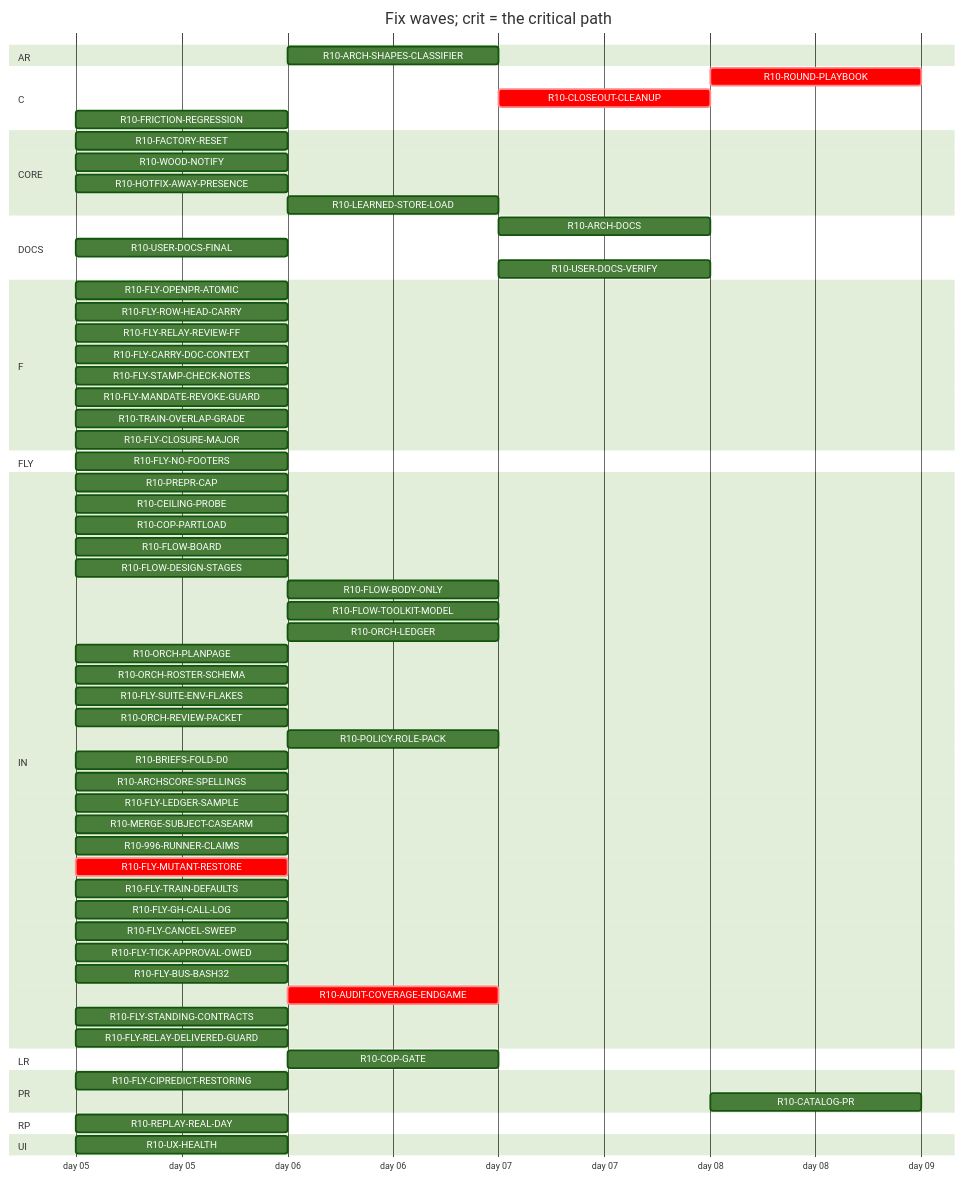
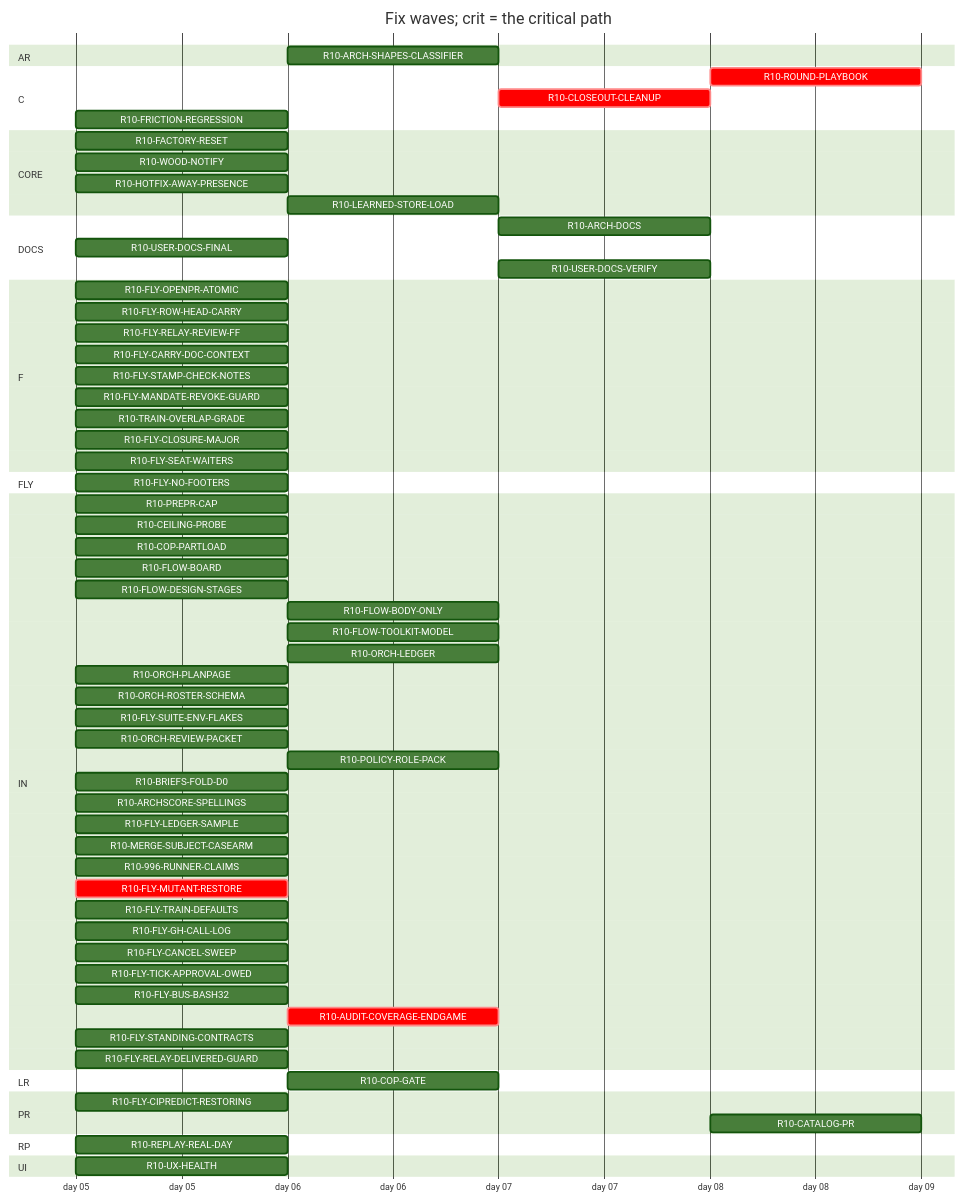
Before and after one commit to tvofi/heatpump_optimizer: the diagram in handoff/round10/state/PLAN-TABLE.md, drawn with Mermaid (forest theme). The commit also changed other lines of this file and 3 other files, not shown here.

Commit message:
state: FLOW-BOARD.md, NEXT-SESSION-PROMPT.md, PLAN-TABLE.md, RESUME-CURRENT.md regenerated (state_docs.py)

````diff
--- a/handoff/round10/state/PLAN-TABLE.md
+++ b/handoff/round10/state/PLAN-TABLE.md
@@ -24,69 +24,70 @@
 ```mermaid
 gantt
   title Fix waves; crit = the critical path
   dateFormat YYYY-MM-DD
   axisFormat day %d
   section AR
     R10-ARCH-SHAPES-CLASSIFIER :r10ARCHSHAPESCLASSIFIER, after r10996RUNNERCLAIMS, 1d
   section C
     R10-ROUND-PLAYBOOK :crit, r10ROUNDPLAYBOOK, after r10ORCHLEDGER r10ORCHPLANPAGE r10FLYRELAYREVIEWFF r10FLOWBODYONLY r10AUDITCOVERAGEENDGAME r10FLOWDESIGNSTAGES r10ORCHROSTERSCHEMA r10FLOWTOOLKITMODEL r10TRAINOVERLAPGRADE r10FLYTRAINDEFAULTS r10FLYCANCELSWEEP r10POLICYROLEPACK r10ORCHREVIEWPACKET r10FLOWBOARD r10CLOSEOUTCLEANUP, 1d
     R10-CLOSEOUT-CLEANUP :crit, r10CLOSEOUTCLEANUP, after r10AUDITCOVERAGEENDGAME, 1d
     R10-FRICTION-REGRESSION :r10FRICTIONREGRESSION, 2026-01-05, 1d
   section CORE
     R10-FACTORY-RESET :r10FACTORYRESET, 2026-01-05, 1d
     R10-WOOD-NOTIFY :r10WOODNOTIFY, 2026-01-05, 1d
     R10-HOTFIX-AWAY-PRESENCE :r10HOTFIXAWAYPRESENCE, 2026-01-05, 1d
     R10-LEARNED-STORE-LOAD :r10LEARNEDSTORELOAD, after r10FACTORYRESET, 1d
   section DOCS
     R10-ARCH-DOCS :r10ARCHDOCS, after r10COPGATE r10UXHEALTH r10CEILINGPROBE r10COPPARTLOAD r10FLOWBOARD r10FLOWDESIGNSTAGES r10FLOWBODYONLY r10FLYOPENPRATOMIC r10FLYROWHEADCARRY r10FLYRELAYREVIEWFF r10FLYCARRYDOCCONTEXT r10FLOWTOOLKITMODEL r10FLYSTAMPCHECKNOTES r10FLYMANDATEREVOKEGUARD r10TRAINOVERLAPGRADE r10FLYSUITEENVFLAKES r10ORCHLEDGER r10ORCHPLANPAGE r10ORCHROSTERSCHEMA r10ORCHREVIEWPACKET r10POLICYROLEPACK r10BRIEFSFOLDD0 r10REPLAYREALDAY r10ARCHSCORESPELLINGS r10FLYLEDGERSAMPLE, 1d
     R10-USER-DOCS-FINAL :r10USERDOCSFINAL, 2026-01-05, 1d
     R10-USER-DOCS-VERIFY :r10USERDOCSVERIFY, after r10COPGATE r10UXHEALTH r10CEILINGPROBE r10COPPARTLOAD r10FACTORYRESET r10WOODNOTIFY r10USERDOCSFINAL r10ARCHSHAPESCLASSIFIER r10HOTFIXAWAYPRESENCE, 1d
   section F
     R10-FLY-OPENPR-ATOMIC :r10FLYOPENPRATOMIC, 2026-01-05, 1d
     R10-FLY-ROW-HEAD-CARRY :r10FLYROWHEADCARRY, 2026-01-05, 1d
     R10-FLY-RELAY-REVIEW-FF :r10FLYRELAYREVIEWFF, 2026-01-05, 1d
     R10-FLY-CARRY-DOC-CONTEXT :r10FLYCARRYDOCCONTEXT, 2026-01-05, 1d
     R10-FLY-STAMP-CHECK-NOTES :r10FLYSTAMPCHECKNOTES, 2026-01-05, 1d
     R10-FLY-MANDATE-REVOKE-GUARD :r10FLYMANDATEREVOKEGUARD, 2026-01-05, 1d
     R10-TRAIN-OVERLAP-GRADE :r10TRAINOVERLAPGRADE, 2026-01-05, 1d
     R10-FLY-CLOSURE-MAJOR :r10FLYCLOSUREMAJOR, 2026-01-05, 1d
+    R10-FLY-SEAT-WAITERS :r10FLYSEATWAITERS, 2026-01-05, 1d
   section FLY
     R10-FLY-NO-FOOTERS :r10FLYNOFOOTERS, 2026-01-05, 1d
   section IN
     R10-PREPR-CAP :r10PREPRCAP, 2026-01-05, 1d
     R10-CEILING-PROBE :r10CEILINGPROBE, 2026-01-05, 1d
     R10-COP-PARTLOAD :r10COPPARTLOAD, 2026-01-05, 1d
     R10-FLOW-BOARD :r10FLOWBOARD, 2026-01-05, 1d
     R10-FLOW-DESIGN-STAGES :r10FLOWDESIGNSTAGES, 2026-01-05, 1d
     R10-FLOW-BODY-ONLY :r10FLOWBODYONLY, after r10FLYOPENPRATOMIC, 1d
     R10-FLOW-TOOLKIT-MODEL :r10FLOWTOOLKITMODEL, after r10ORCHPLANPAGE r10FLYCANCELSWEEP, 1d
     R10-ORCH-LEDGER :r10ORCHLEDGER, after r10FLYCANCELSWEEP, 1d
     R10-ORCH-PLANPAGE :r10ORCHPLANPAGE, 2026-01-05, 1d
     R10-ORCH-ROSTER-SCHEMA :r10ORCHROSTERSCHEMA, 2026-01-05, 1d
     R10-FLY-SUITE-ENV-FLAKES :r10FLYSUITEENVFLAKES, 2026-01-05, 1d
     R10-ORCH-REVIEW-PACKET :r10ORCHREVIEWPACKET, 2026-01-05, 1d
     R10-POLICY-ROLE-PACK :r10POLICYROLEPACK, after r10FLOWDESIGNSTAGES, 1d
     R10-BRIEFS-FOLD-D0 :r10BRIEFSFOLDD0, 2026-01-05, 1d
     R10-ARCHSCORE-SPELLINGS :r10ARCHSCORESPELLINGS, 2026-01-05, 1d
     R10-FLY-LEDGER-SAMPLE :r10FLYLEDGERSAMPLE, 2026-01-05, 1d
     R10-MERGE-SUBJECT-CASEARM :r10MERGESUBJECTCASEARM, 2026-01-05, 1d
     R10-996-RUNNER-CLAIMS :r10996RUNNERCLAIMS, 2026-01-05, 1d
     R10-FLY-MUTANT-RESTORE :crit, r10FLYMUTANTRESTORE, 2026-01-05, 1d
     R10-FLY-TRAIN-DEFAULTS :r10FLYTRAINDEFAULTS, 2026-01-05, 1d
     R10-FLY-GH-CALL-LOG :r10FLYGHCALLLOG, 2026-01-05, 1d
     R10-FLY-CANCEL-SWEEP :r10FLYCANCELSWEEP, 2026-01-05, 1d
     R10-FLY-TICK-APPROVAL-OWED :r10FLYTICKAPPROVALOWED, 2026-01-05, 1d
     R10-FLY-BUS-BASH32 :r10FLYBUSBASH32, 2026-01-05, 1d
     R10-AUDIT-COVERAGE-ENDGAME :crit, r10AUDITCOVERAGEENDGAME, after r10FLYMUTANTRESTORE r10996RUNNERCLAIMS, 1d
     R10-FLY-STANDING-CONTRACTS :r10FLYSTANDINGCONTRACTS, 2026-01-05, 1d
     R10-FLY-RELAY-DELIVERED-GUARD :r10FLYRELAYDELIVEREDGUARD, 2026-01-05, 1d
   section LR
     R10-COP-GATE :r10COPGATE, after r10CEILINGPROBE, 1d
   section PR
     R10-FLY-CIPREDICT-RESTORING :r10FLYCIPREDICTRESTORING, 2026-01-05, 1d
     R10-CATALOG-PR :r10CATALOGPR, after r10USERDOCSVERIFY r10AUDITCOVERAGEENDGAME, 1d
   section RP
     R10-REPLAY-REAL-DAY :r10REPLAYREALDAY, 2026-01-05, 1d
   section UI
     R10-UX-HEALTH :r10UXHEALTH, 2026-01-05, 1d
 ```
````
